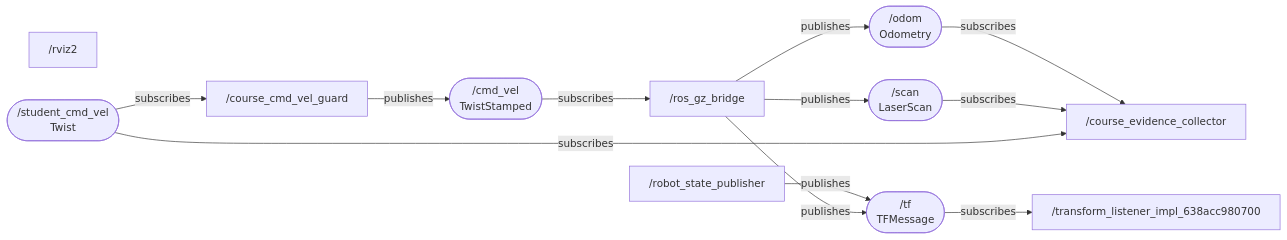
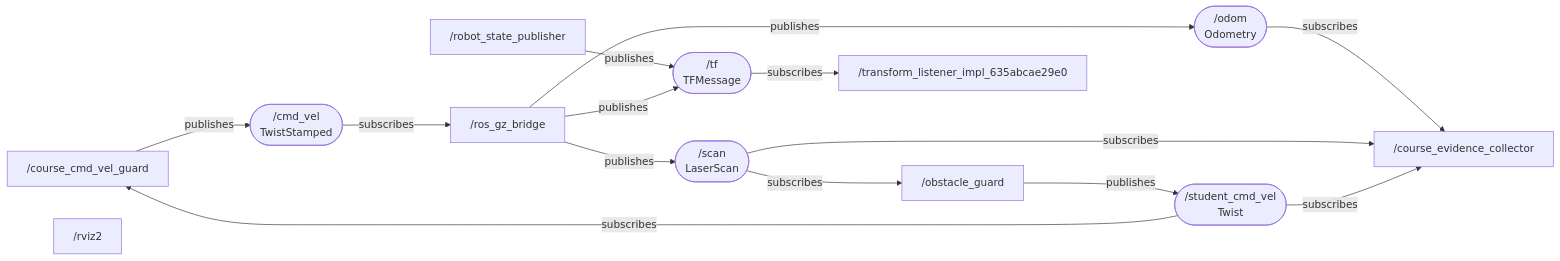
Before and after one commit to adskilawhdiadjanklsd/robotics-fall2026: the diagram in week01_ros_foundations/student_submission/mission_1/ros_system_diagram.md, drawn with Mermaid. The commit also changed 7 other files, not shown here.

````diff
--- a/week01_ros_foundations/student_submission/mission_1/ros_system_diagram.md
+++ b/week01_ros_foundations/student_submission/mission_1/ros_system_diagram.md
@@ -3,25 +3,28 @@
 ```mermaid
 flowchart LR
   n0["/course_cmd_vel_guard"]
   n1["/course_evidence_collector"]
-  n2["/robot_state_publisher"]
-  n3["/ros_gz_bridge"]
-  n4["/rviz2"]
-  n5["/transform_listener_impl_638acc980700"]
+  n2["/obstacle_guard"]
+  n3["/robot_state_publisher"]
+  n4["/ros_gz_bridge"]
+  n5["/rviz2"]
+  n6["/transform_listener_impl_635abcae29e0"]
   t0(["/cmd_vel<br/>TwistStamped"])
   n0 -->|publishes| t0
-  t0 -->|subscribes| n3
+  t0 -->|subscribes| n4
   t1(["/odom<br/>Odometry"])
-  n3 -->|publishes| t1
+  n4 -->|publishes| t1
   t1 -->|subscribes| n1
   t2(["/scan<br/>LaserScan"])
-  n3 -->|publishes| t2
+  n4 -->|publishes| t2
   t2 -->|subscribes| n1
+  t2 -->|subscribes| n2
   t3(["/student_cmd_vel<br/>Twist"])
+  n2 -->|publishes| t3
   t3 -->|subscribes| n0
   t3 -->|subscribes| n1
   t4(["/tf<br/>TFMessage"])
-  n2 -->|publishes| t4
   n3 -->|publishes| t4
-  t4 -->|subscribes| n5
+  n4 -->|publishes| t4
+  t4 -->|subscribes| n6
 ```
````
